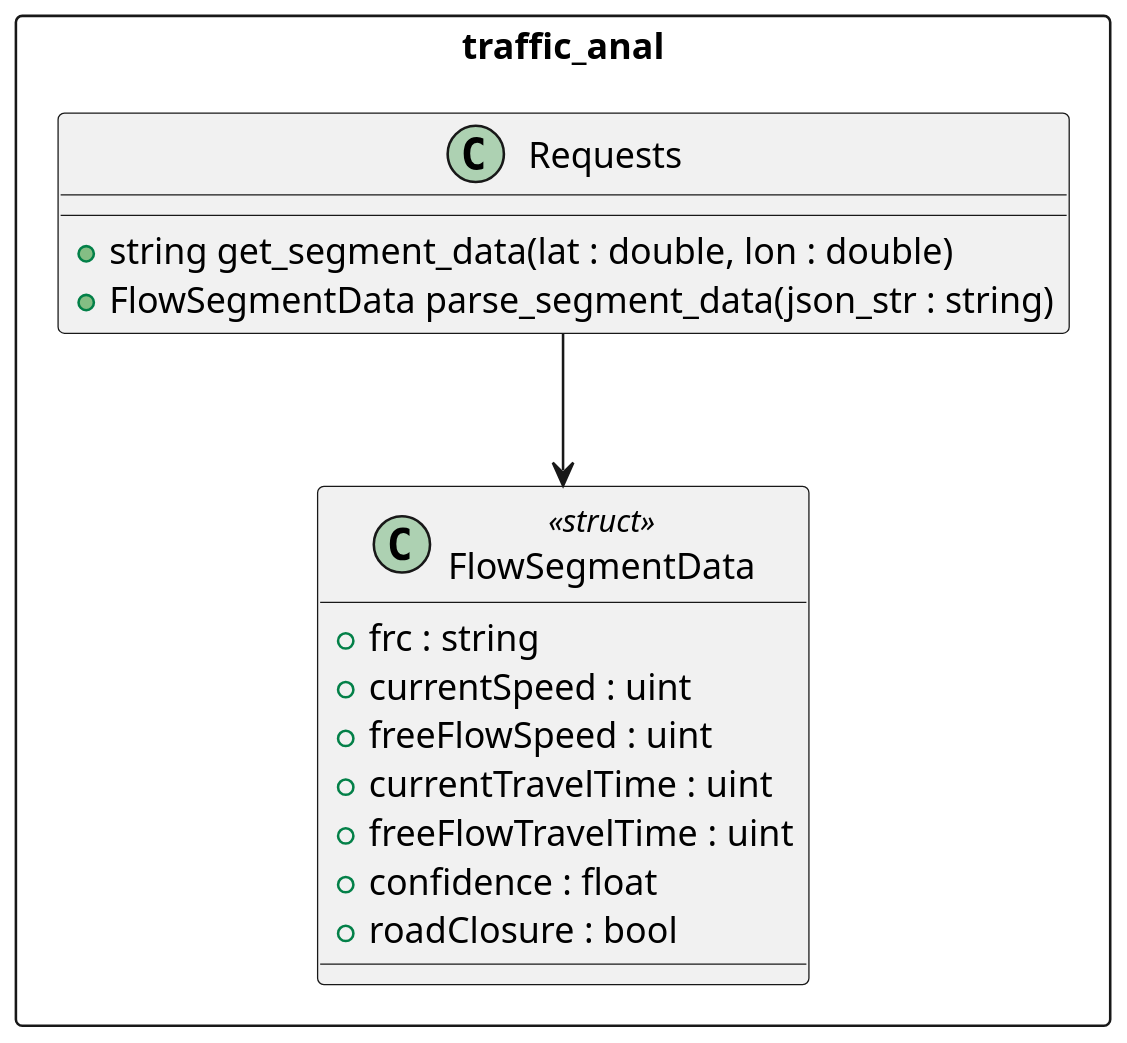
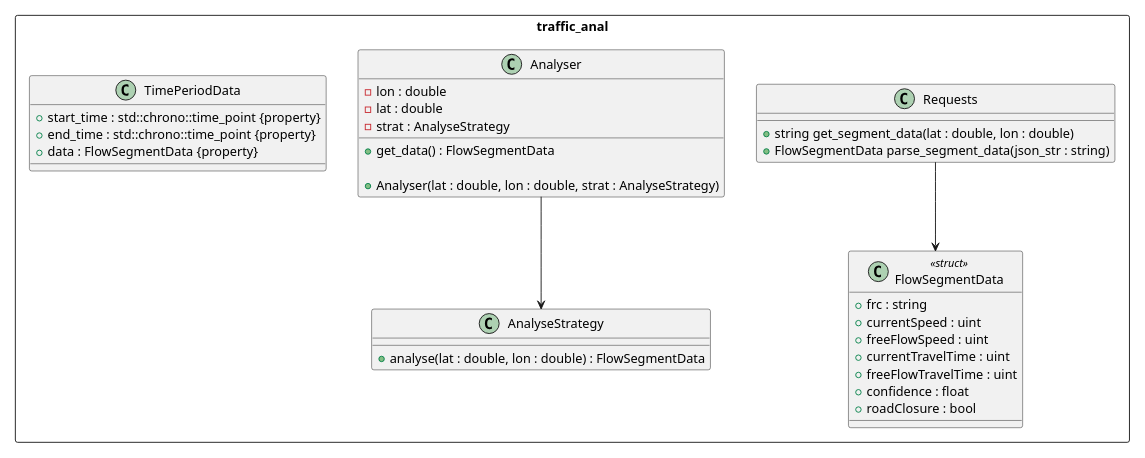
Before and after one commit to A-A-Tel/TrafficAnal-CPP: the diagram in doc/class.puml, drawn with PlantUML. The commit also changed 4 other files, not shown here.

Commit message:
added uml

```diff
--- a/doc/class.puml
+++ b/doc/class.puml
@@ -1,25 +1,46 @@
 @startuml
 scale 750 width
 set separator ::
 
 namespace traffic_anal <<Rectangle>> {
 
 	class Requests {
 		+string get_segment_data(lat : double, lon : double)
 		+FlowSegmentData parse_segment_data(json_str : string)
 	}
 
 	class FlowSegmentData <<struct>> {
 		+frc : string
 		+currentSpeed : uint
 		+freeFlowSpeed : uint
 		+currentTravelTime : uint
 		+freeFlowTravelTime : uint
 		+confidence : float
 		+roadClosure : bool
 	}
+
+	class AnalyseStrategy {
+		+analyse(lat : double, lon : double) : FlowSegmentData
+	}
+
+	class Analyser {
+		+get_data() : FlowSegmentData
+
+		+Analyser(lat : double, lon : double, strat : AnalyseStrategy)
+
+		-lon : double
+		-lat : double
+		-strat : AnalyseStrategy
+	}
+
+	class TimePeriodData {
+		+start_time : std::chrono::time_point {property}
+		+end_time : std::chrono::time_point {property}
+		+data : FlowSegmentData {property}
+	}
 }
 
 traffic_anal::Requests --> traffic_anal::FlowSegmentData
+traffic_anal::Analyser --> traffic_anal::AnalyseStrategy
 
 @enduml
```
